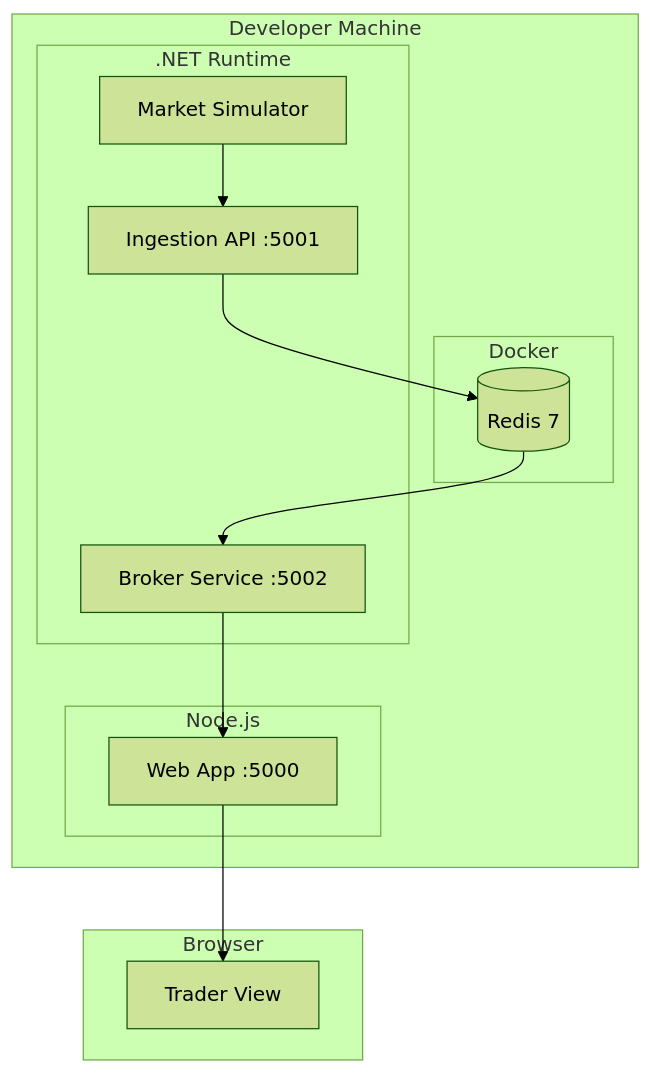
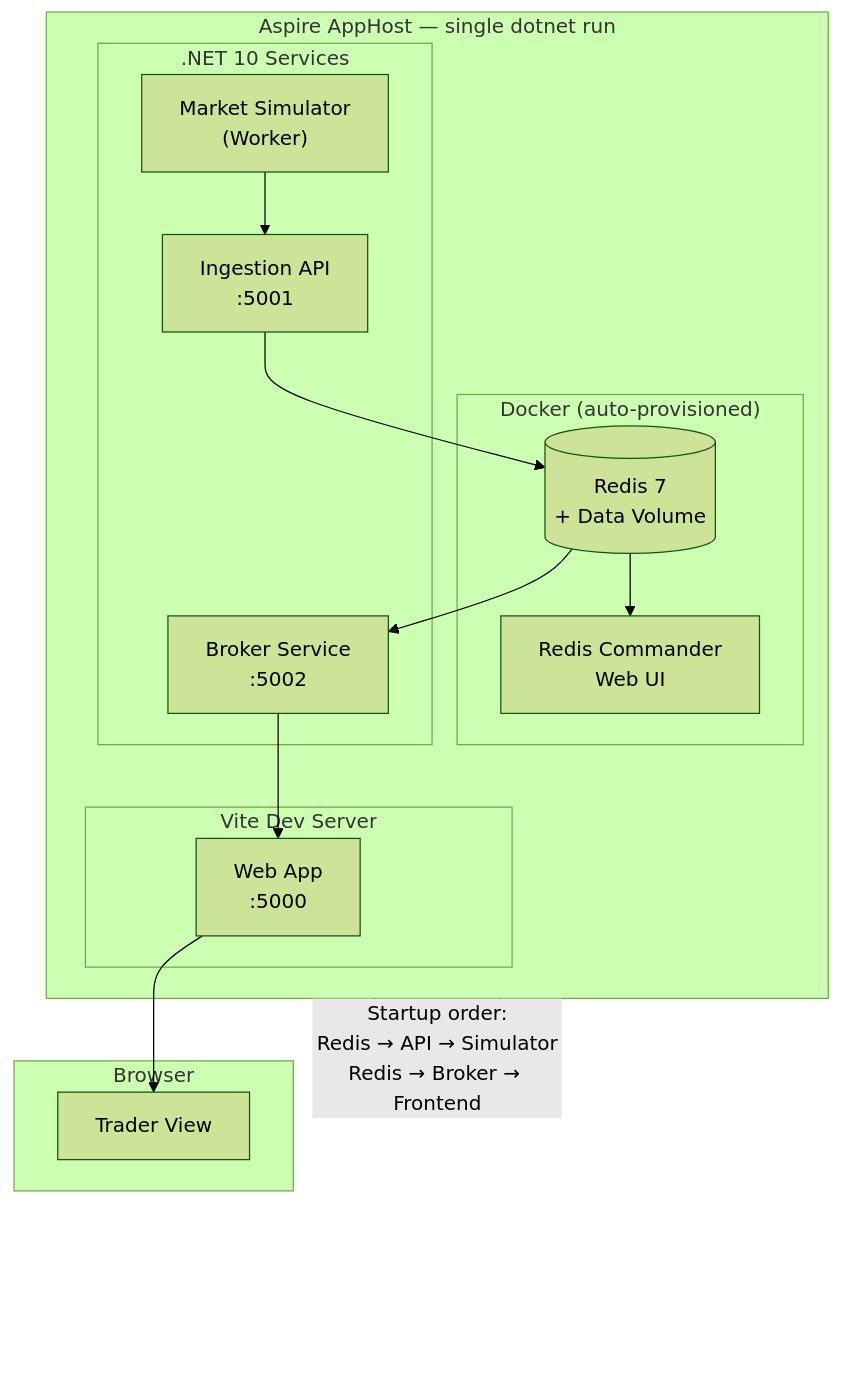
One commit to raj-champion-trader/rajchampaneriya.github.io changed the ninth of 10 diagrams in hugo-site/content/projects/stock-market-simulator/index.md. Above: the diagram before and after it, drawn with Mermaid (forest theme). The commit also changed other lines of this file and 4 other files, not shown here.

First line of the commit message:
Enhance Stock Market Simulator documentation and architecture details

````diff
--- a/hugo-site/content/projects/stock-market-simulator/index.md
+++ b/hugo-site/content/projects/stock-market-simulator/index.md
@@ -319,28 +383,31 @@
 ```mermaid
 flowchart TB
-    subgraph DeveloperMachine["Developer Machine"]
-        subgraph DockerContainer["Docker"]
-            Redis[("Redis 7")]
+    subgraph Aspire["Aspire AppHost — single dotnet run"]
+        subgraph Docker["Docker (auto-provisioned)"]
+            Redis[("Redis 7<br/>+ Data Volume")]
+            Commander["Redis Commander<br/>Web UI"]
         end
         
-        subgraph DotNetProcesses[".NET Runtime"]
-            MarketSim["Market Simulator"]
-            IngestionAPI["Ingestion API :5001"]
-            BrokerService["Broker Service :5002"]
+        subgraph DotNet[".NET 10 Services"]
+            MarketSim["Market Simulator<br/>(Worker)"]
+            IngestionAPI["Ingestion API<br/>:5001"]
+            BrokerService["Broker Service<br/>:5002"]
         end
         
-        subgraph NodeJS["Node.js"]
-            WebApp["Web App :5000"]
+        subgraph Vite["Vite Dev Server"]
+            WebApp["Web App<br/>:5000"]
         end
     end
 
     subgraph Browser["Browser"]
         UserInterface["Trader View"]
     end
 
+    Aspire -.->|Startup order:<br/>Redis → API → Simulator<br/>Redis → Broker → Frontend| Aspire
     MarketSim --> IngestionAPI
     IngestionAPI --> Redis
     Redis --> BrokerService
     BrokerService --> WebApp
     WebApp --> UserInterface
+    Redis --> Commander
 ```
````
